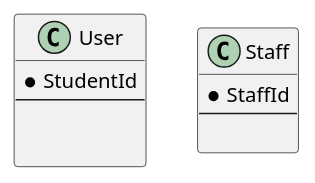
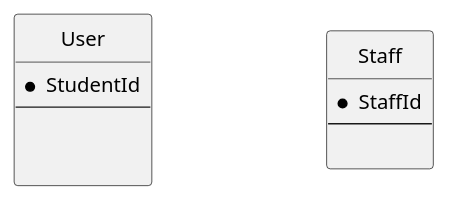
Before and after one commit to annikamarriner123/StudyBuddy: the diagram in StudyBuddy.puml, drawn with PlantUML.

Commit message:
Update StudyBuddy.puml
initial commit

```diff
--- a/StudyBuddy.puml
+++ b/StudyBuddy.puml
@@ -1,27 +1,47 @@
 @startuml
 
+skinparam {
+  Style StrictUML
 
+  ' make the stereotypes less ugly
+  ClassStereotypeFont {
+    Size 10
+    Style plain
+  }
+
+  ' make boxes slightly less pointy
+  RoundCorner 5
+
+  ' make everything slightly less cramped
+  Padding 2
+
+  ' vertical spacing (make room for labels)
+  RankSep 100
+
+  ' horizontal spacing (make room for labels)
+  NodeSep 120
+}
 
 
 class "User" as user {
 * StudentId
 --
 
 
 }
 
 class "Staff" as staff{
 * StaffId
 --
 
 }
 
 
 
 
 
 
 
 
 
 @enduml
```
